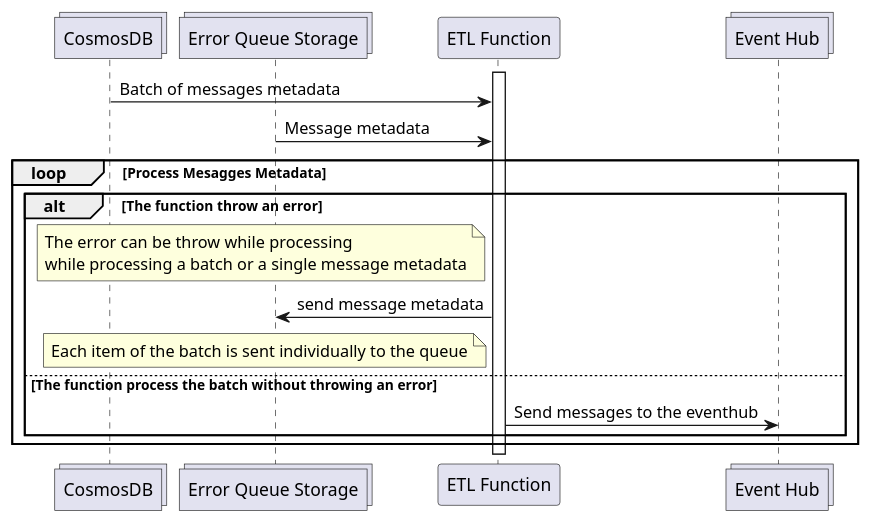
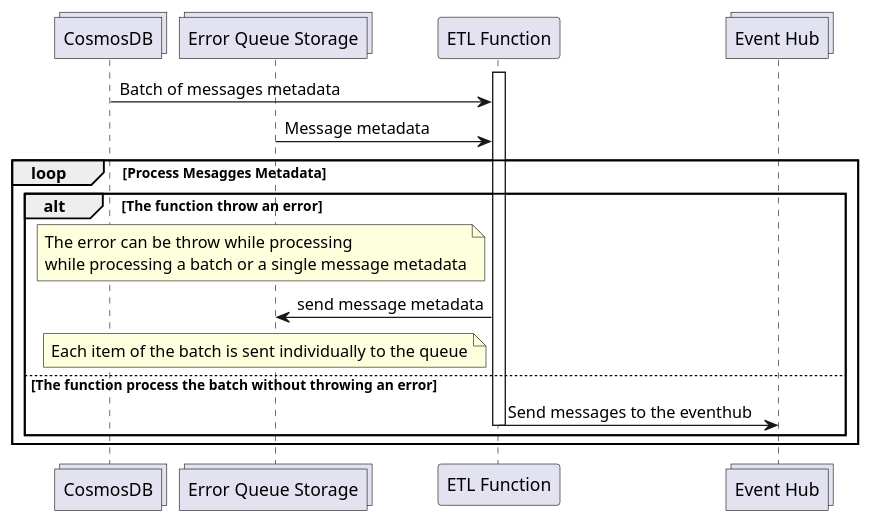
One commit to pagopa/io-messages changed the diagram in apps/etl-func/docs/messages-ingestion/messages-ingestion-error-handling.puml. Above: the diagram before and after it, drawn with PlantUML. The commit also changed 5 other files, not shown here.

```diff
--- a/apps/etl-func/docs/messages-ingestion/messages-ingestion-error-handling.puml
+++ b/apps/etl-func/docs/messages-ingestion/messages-ingestion-error-handling.puml
@@ -1,30 +1,31 @@
 @startuml messages-ingestion-error-handling
 collections "CosmosDB" as CosmosDB
 collections "Error Queue Storage" as ErrorQueueStorage
 participant "ETL Function" as etlFunc
 collections "Event Hub" as EventHub
 
 activate etlFunc
 CosmosDB -> etlFunc: Batch of messages metadata
 ' note left of etlFunc
 '     A batch of is sent to the ETL function
 ' end note
 ErrorQueueStorage -> etlFunc: Message metadata
 
 
 loop Process Mesagges Metadata
   alt The function throw an error
     note left of etlFunc
      The error can be throw while processing
      while processing a batch or a single message metadata
     end note
     etlFunc -> ErrorQueueStorage: send message metadata
     note left of etlFunc
         Each item of the batch is sent individually to the queue
     end note
   else The function process the batch without throwing an error
     etlFunc -> EventHub: Send messages to the eventhub
+    deactivate etlFunc
   end
 end
 
 @enduml
```
